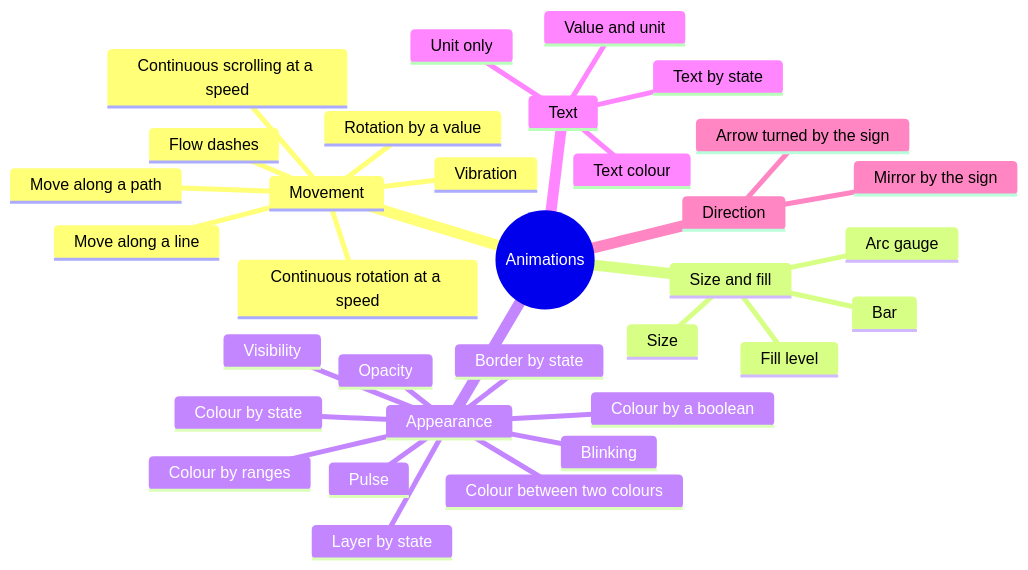
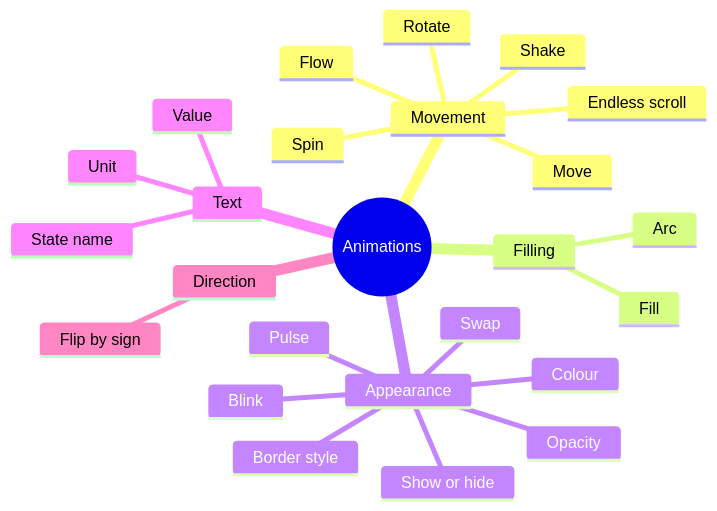
The diagram in symbols/08-animation-mode/animation-catalogue.md (AlexandreGallais/synoptic-studio-spec), drawn with Mermaid before and after one commit. The commit also changed other lines of this file and 15 other files, not shown here.

````diff
--- a/symbols/08-animation-mode/animation-catalogue.md
+++ b/symbols/08-animation-mode/animation-catalogue.md
@@ -18,36 +19,28 @@
 ```mermaid
 mindmap
   root((Animations))
     Movement
-      Rotation by a value
-      Continuous rotation at a speed
-      Move along a line
-      Move along a path
-      Continuous scrolling at a speed
-      Flow dashes
-      Vibration
-    Size and fill
-      Fill level
-      Bar
-      Arc gauge
-      Size
+      Rotate
+      Spin
+      Move
+      Endless scroll
+      Flow
+      Shake
+    Filling
+      Fill
+      Arc
     Appearance
-      Colour by ranges
-      Colour by state
-      Colour by a boolean
-      Colour between two colours
+      Colour
       Opacity
-      Visibility
-      Layer by state
-      Blinking
+      Show or hide
+      Swap
+      Blink
       Pulse
-      Border by state
+      Border style
     Text
-      Value and unit
-      Unit only
-      Text by state
-      Text colour
+      Value
+      Unit
+      State name
     Direction
-      Arrow turned by the sign
-      Mirror by the sign
+      Flip by sign
 ```
````
